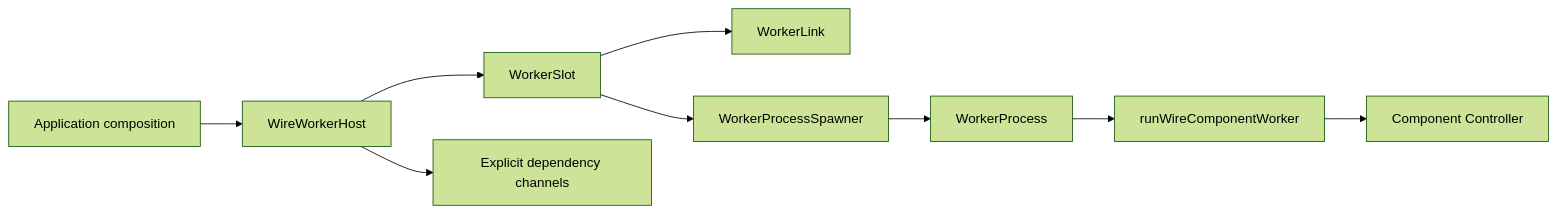
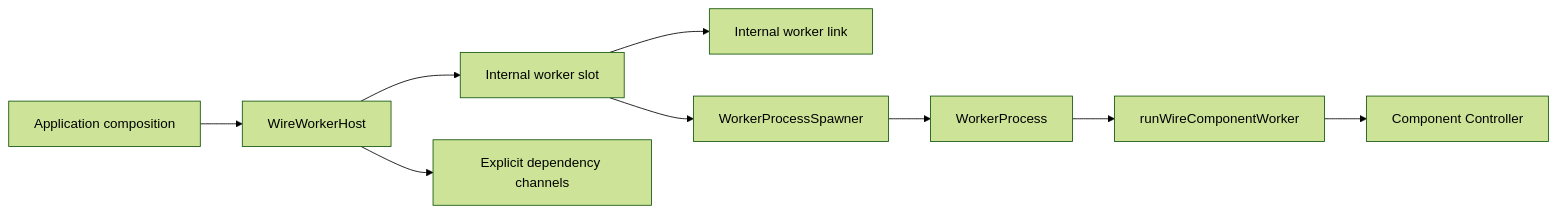
One commit to generalaction/emdash changed the diagram in packages/wire/docs/runtime/workers.md. Above: the diagram before and after it, drawn with Mermaid (forest theme). The commit also changed other lines of this file and 141 other files, not shown here.

````diff
--- a/packages/wire/docs/runtime/workers.md
+++ b/packages/wire/docs/runtime/workers.md
@@ -13,11 +13,11 @@
 ```mermaid
 flowchart LR
   App["Application composition"] --> Host["WireWorkerHost"]
-  Host --> Slot["WorkerSlot"]
-  Slot --> Link["WorkerLink"]
+  Host --> Slot["Internal worker slot"]
+  Slot --> Link["Internal worker link"]
   Slot --> Spawner["WorkerProcessSpawner"]
   Spawner --> Process["WorkerProcess"]
   Process --> Runner["runWireComponentWorker"]
   Runner --> Controller["Component Controller"]
   Host --> Deps["Explicit dependency channels"]
 ```
````
